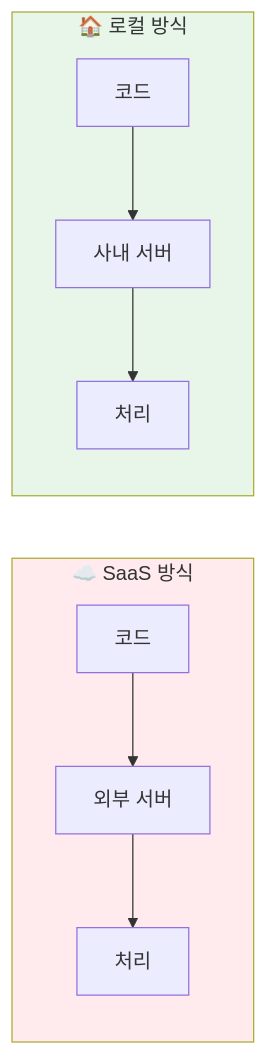
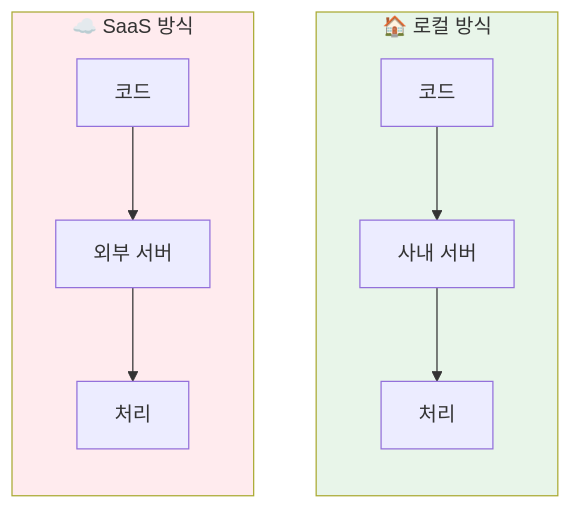
The first of 10 diagrams in content/posts/2025-12-28-claude-flow-ai-agent-platform.md (Gyeom/dev-notes), drawn with Mermaid before and after one commit. The commit also changed other lines of this file and 12 other files, not shown here.

First line of the commit message:
Fix: Mermaid 다이어그램 레이아웃 수정 및 가이드 강화

````diff
--- a/content/posts/2025-12-28-claude-flow-ai-agent-platform.md
+++ b/content/posts/2025-12-28-claude-flow-ai-agent-platform.md
@@ -74,15 +74,15 @@
 ```mermaid
 flowchart LR
     subgraph SaaS["☁️ SaaS 방식"]
-        A1["코드"] --> A2["외부 서버"]
-        A2 --> A3["처리"]
+        A1["코드"] --> A2["외부 서버"] --> A3["처리"]
     end
 
     subgraph Local["🏠 로컬 방식"]
-        B1["코드"] --> B2["사내 서버"]
-        B2 --> B3["처리"]
+        B1["코드"] --> B2["사내 서버"] --> B3["처리"]
     end
+
+    SaaS ~~~ Local
 
     style SaaS fill:#ffebee
     style Local fill:#e8f5e9
 ```
````
